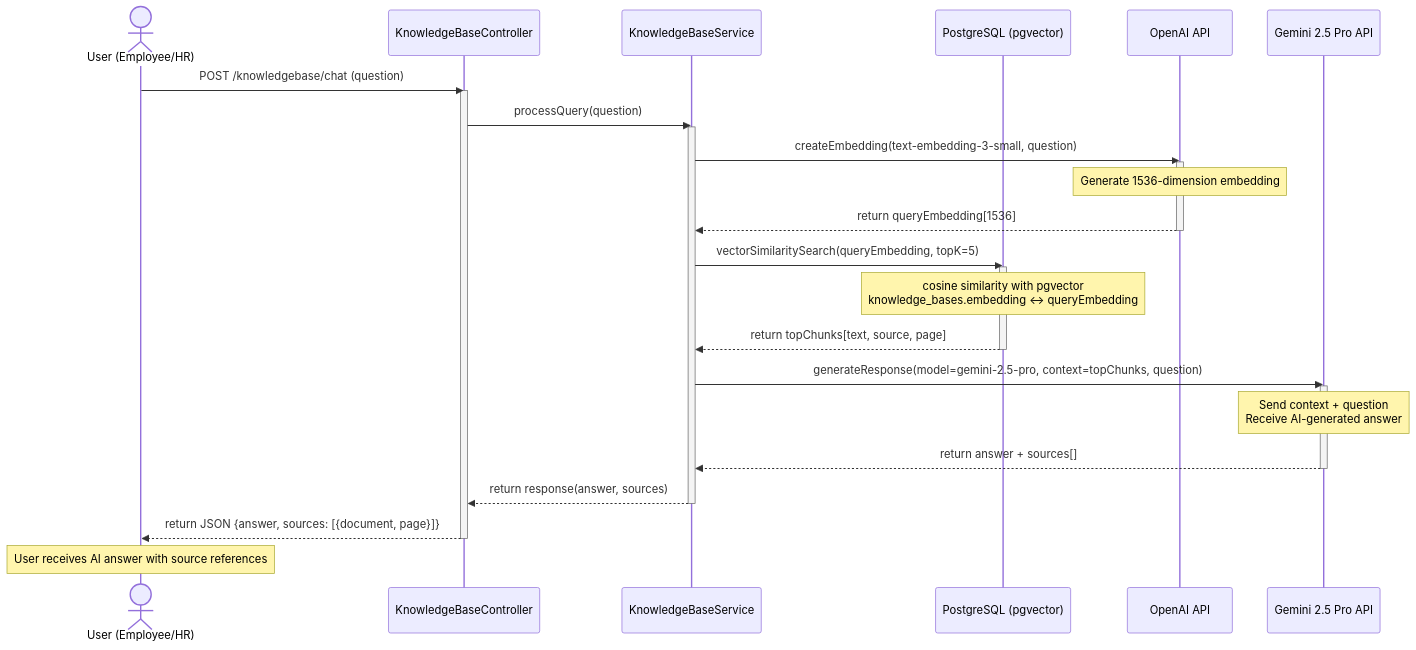
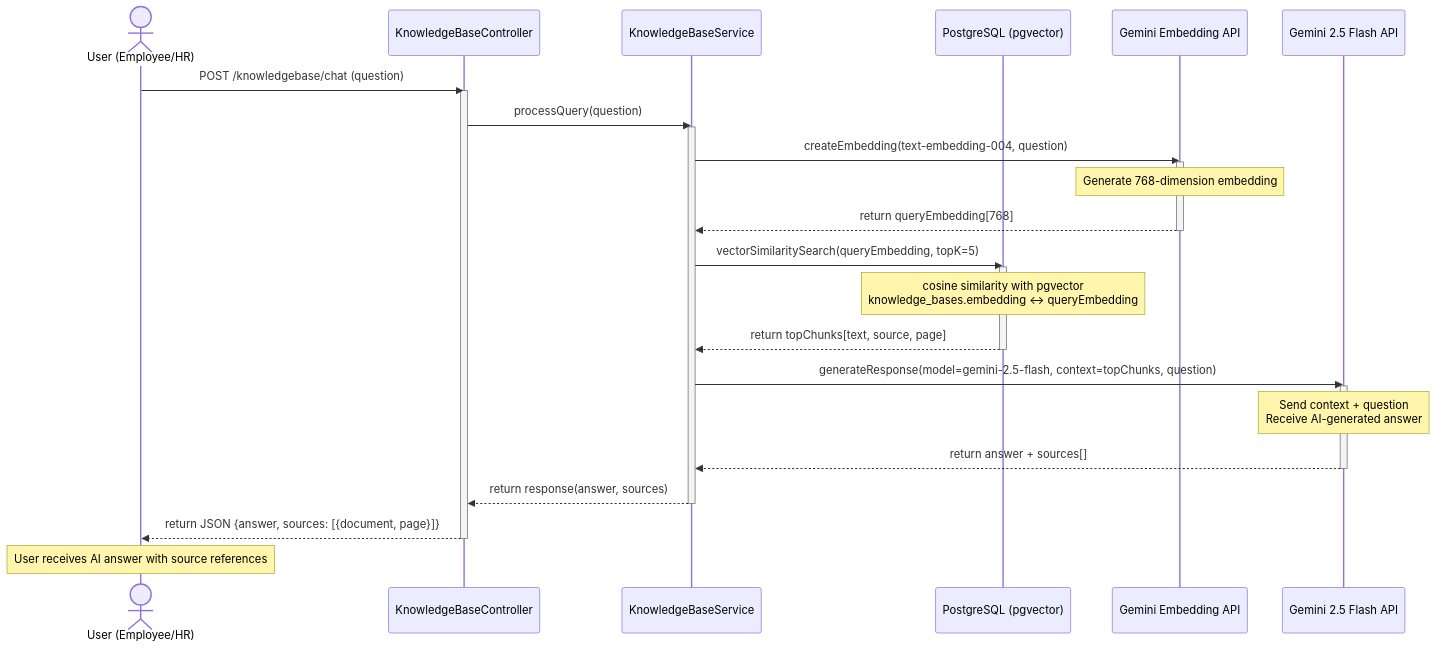
One commit to Merger2/hrconnect changed the fourth of 5 diagrams in docs/architecture/sequence-diagrams.md. Above: the diagram before and after it, drawn with Mermaid. The commit also changed other lines of this file and 23 other files, not shown here.

````diff
--- a/docs/architecture/sequence-diagrams.md
+++ b/docs/architecture/sequence-diagrams.md
@@ -355,41 +355,41 @@
 ```mermaid
 sequenceDiagram
     actor U as User (Employee/HR)
     participant C as KnowledgeBaseController
     participant KBS as KnowledgeBaseService
     participant DB as PostgreSQL (pgvector)
-    participant OA as OpenAI API
-    participant GM as Gemini 2.5 Pro API
+    participant GE as Gemini Embedding API
+    participant GM as Gemini 2.5 Flash API
     
     U->>C: POST /knowledgebase/chat (question)
     activate C
     
     C->>KBS: processQuery(question)
     activate KBS
     
-    KBS->>OA: createEmbedding(text-embedding-3-small, question)
-    activate OA
-    Note over OA: Generate 1536-dimension embedding
-    OA-->>KBS: return queryEmbedding[1536]
-    deactivate OA
+    KBS->>GE: createEmbedding(text-embedding-004, question)
+    activate GE
+    Note over GE: Generate 768-dimension embedding
+    GE-->>KBS: return queryEmbedding[768]
+    deactivate GE
     
     KBS->>DB: vectorSimilaritySearch(queryEmbedding, topK=5)
     activate DB
     Note over DB: cosine similarity with pgvector<br/>knowledge_bases.embedding <-> queryEmbedding
     DB-->>KBS: return topChunks[text, source, page]
     deactivate DB
     
-    KBS->>GM: generateResponse(model=gemini-2.5-pro, context=topChunks, question)
+    KBS->>GM: generateResponse(model=gemini-2.5-flash, context=topChunks, question)
     activate GM
     Note over GM: Send context + question<br/>Receive AI-generated answer
     GM-->>KBS: return answer + sources[]
     deactivate GM
     
     KBS-->>C: return response(answer, sources)
     deactivate KBS
     
     C-->>U: return JSON {answer, sources: [{document, page}]}
     deactivate C
     
     Note over U: User receives AI answer with source references
 ```
````
